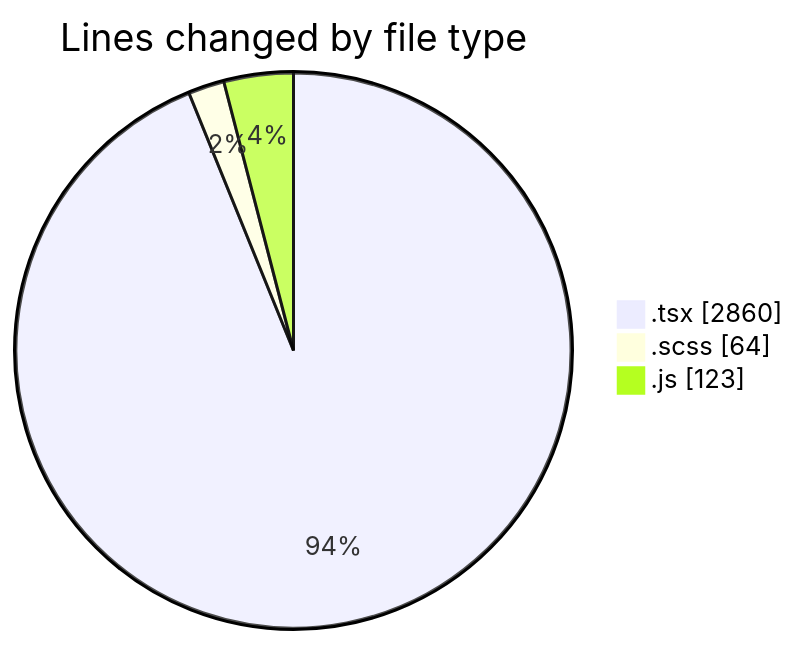
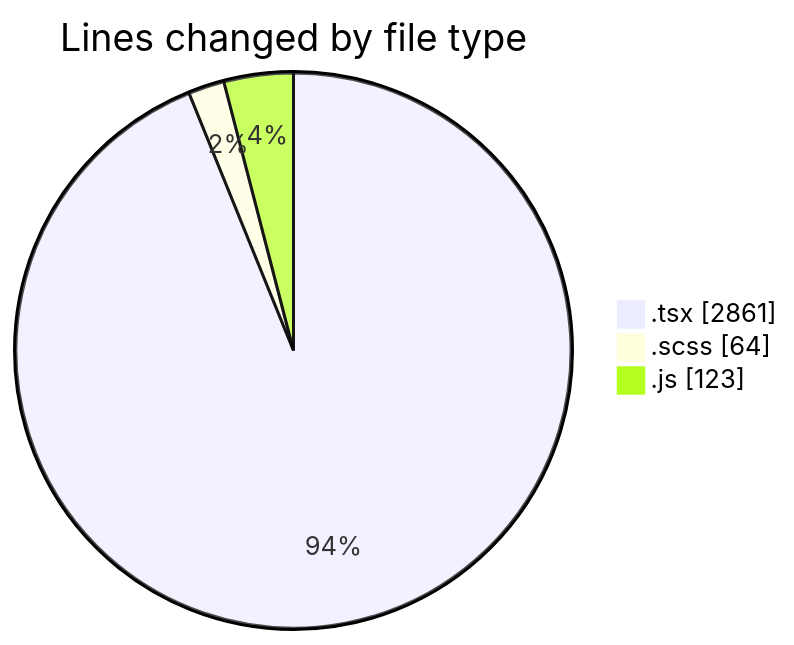
One commit to momahboobian/code-tracking changed the first of 2 diagrams in 2025-06-16/cda/README.md. Above: the diagram before and after it, drawn with Mermaid. The commit also changed other lines of this file and 1 other file, not shown here.

````diff
--- a/2025-06-16/cda/README.md
+++ b/2025-06-16/cda/README.md
@@ -33,7 +33,7 @@
 ```mermaid
 pie showData
 title Lines changed by file type
-".tsx" : 2860
+".tsx" : 2861
 ".scss" : 64
 ".js" : 123
 ```
````
